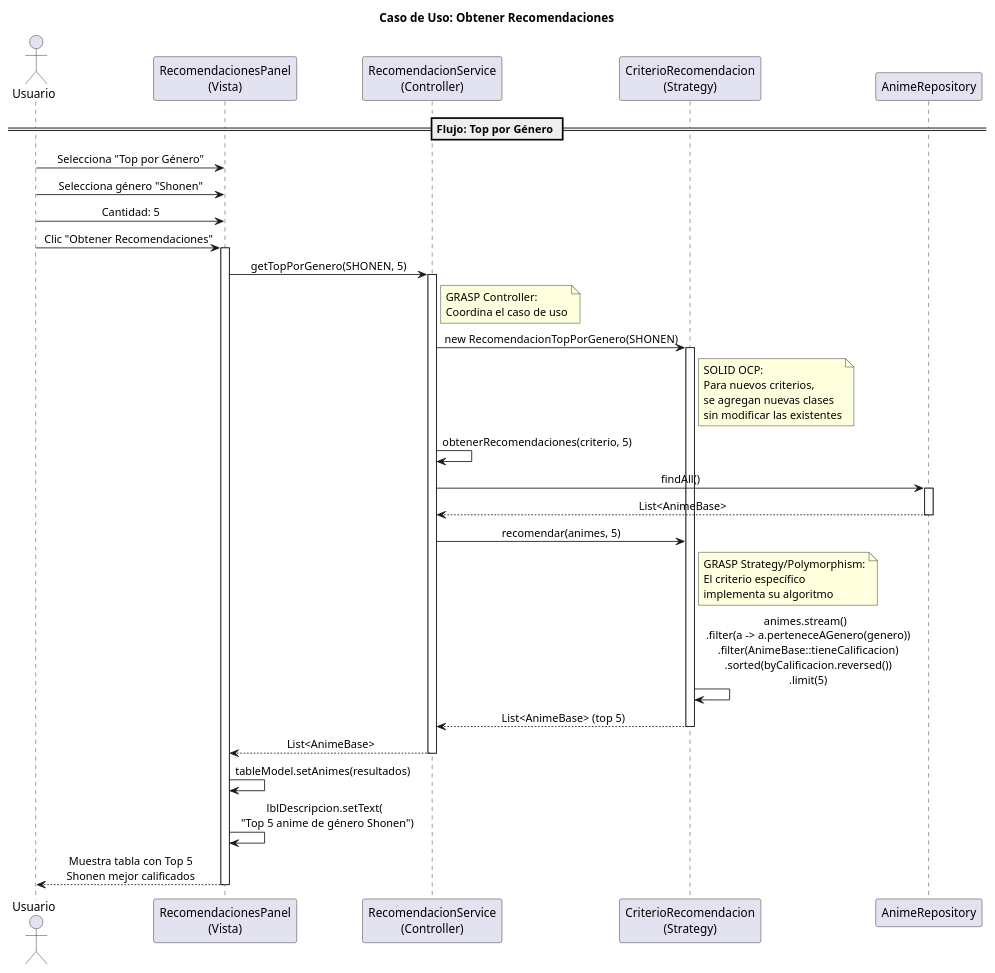
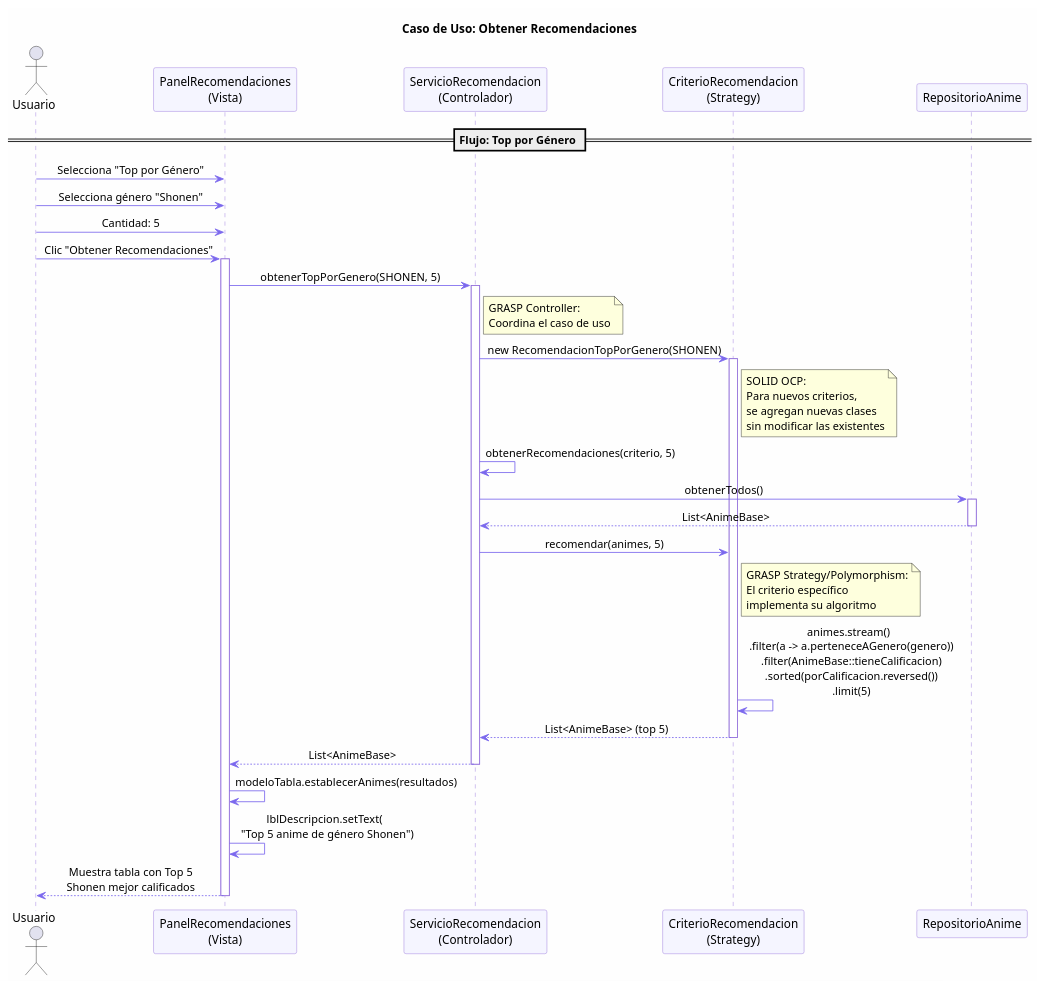
Before and after one commit to tobiascriscuolo/clasificadorAnime: the third of 5 diagrams in docs/DIAGRAMAS_SECUENCIA.puml, drawn with PlantUML. The commit also changed other lines of this file and 96 other files, not shown here.

First line of the commit message:
Refactoring completo a espaÃ±ol + iconos + selecciÃ³n mÃºltiple + diagramas UML

```diff
--- a/docs/DIAGRAMAS_SECUENCIA.puml
+++ b/docs/DIAGRAMAS_SECUENCIA.puml
@@ -269,68 +285,75 @@
 @startuml Obtener_Recomendaciones
 title Caso de Uso: Obtener Recomendaciones
 skinparam sequenceMessageAlign center
+skinparam backgroundColor #FEFEFE
+skinparam sequence {
+    ArrowColor #7B68EE
+    LifeLineBorderColor #9370DB
+    ParticipantBackgroundColor #F5F5FF
+    ParticipantBorderColor #9370DB
+}
 
 actor Usuario
-participant "RecomendacionesPanel\n(Vista)" as Panel
-participant "RecomendacionService\n(Controller)" as Service
+participant "PanelRecomendaciones\n(Vista)" as Panel
+participant "ServicioRecomendacion\n(Controlador)" as Servicio
 participant "CriterioRecomendacion\n(Strategy)" as Criterio
-participant "AnimeRepository" as Repo
+participant "RepositorioAnime" as Repo
 
 == Flujo: Top por Género ==
 
 Usuario -> Panel: Selecciona "Top por Género"
 Usuario -> Panel: Selecciona género "Shonen"
 Usuario -> Panel: Cantidad: 5
 
 Usuario -> Panel: Clic "Obtener Recomendaciones"
 activate Panel
 
-Panel -> Service: getTopPorGenero(SHONEN, 5)
-activate Service
+Panel -> Servicio: obtenerTopPorGenero(SHONEN, 5)
+activate Servicio
 
-note right of Service
+note right of Servicio
   GRASP Controller:
   Coordina el caso de uso
 end note
 
-Service -> Criterio: new RecomendacionTopPorGenero(SHONEN)
+Servicio -> Criterio: new RecomendacionTopPorGenero(SHONEN)
 activate Criterio
 
 note right of Criterio
   SOLID OCP:
   Para nuevos criterios,
   se agregan nuevas clases
   sin modificar las existentes
 end note
 
-Service -> Service: obtenerRecomendaciones(criterio, 5)
+Servicio -> Servicio: obtenerRecomendaciones(criterio, 5)
 
-Service -> Repo: findAll()
+Servicio -> Repo: obtenerTodos()
 activate Repo
-Repo --> Service: List<AnimeBase>
+Repo --> Servicio: List<AnimeBase>
 deactivate Repo
 
-Service -> Criterio: recomendar(animes, 5)
+Servicio -> Criterio: recomendar(animes, 5)
 
 note right of Criterio
   GRASP Strategy/Polymorphism:
   El criterio específico
   implementa su algoritmo
 end note
 
-Criterio -> Criterio: animes.stream()\n  .filter(a -> a.perteneceAGenero(genero))\n  .filter(AnimeBase::tieneCalificacion)\n  .sorted(byCalificacion.reversed())\n  .limit(5)
+Criterio -> Criterio: animes.stream()\n  .filter(a -> a.perteneceAGenero(genero))\n  .filter(AnimeBase::tieneCalificacion)\n  .sorted(porCalificacion.reversed())\n  .limit(5)
 
-Criterio --> Service: List<AnimeBase> (top 5)
+Criterio --> Servicio: List<AnimeBase> (top 5)
 deactivate Criterio
 
-Service --> Panel: List<AnimeBase>
-deactivate Service
+Servicio --> Panel: List<AnimeBase>
+deactivate Servicio
 
-Panel -> Panel: tableModel.setAnimes(resultados)
+Panel -> Panel: modeloTabla.establecerAnimes(resultados)
 Panel -> Panel: lblDescripcion.setText(\n  "Top 5 anime de género Shonen")
 
 Panel --> Usuario: Muestra tabla con Top 5\nShonen mejor calificados
 
 deactivate Panel
 
 @enduml
```
